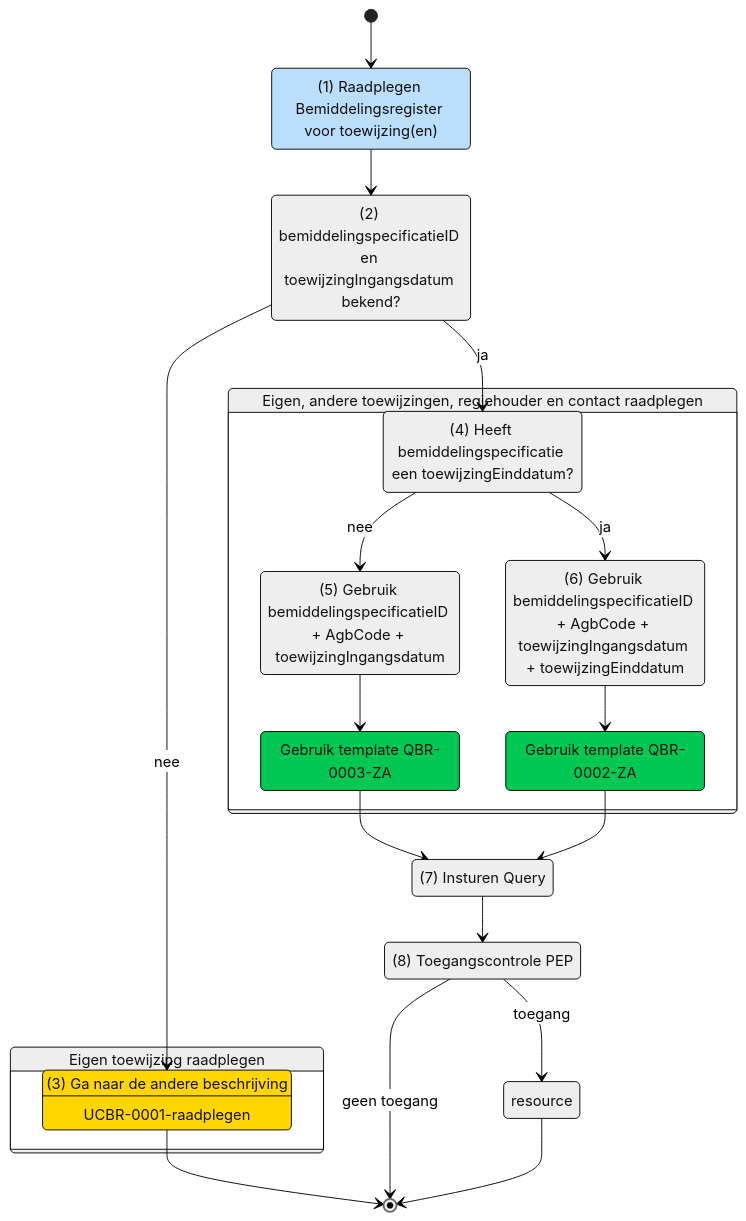
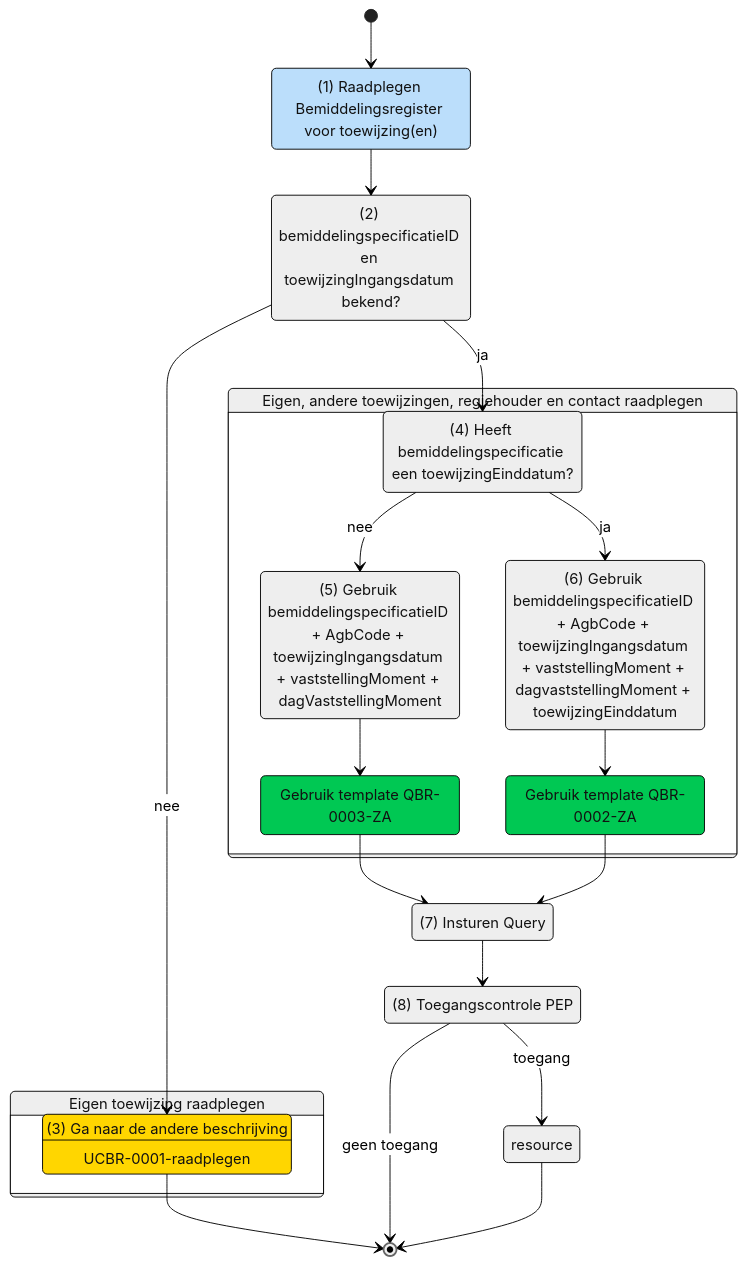
Before and after one commit to iStandaarden/iWlz-bemiddeling: the second of 2 diagrams in raadplegen/zorgaanbieder/UCBR-0002_3-raadplegen.md, drawn with Mermaid. The commit also changed other lines of this file, not shown here.

````diff
--- a/raadplegen/zorgaanbieder/UCBR-0002_3-raadplegen.md
+++ b/raadplegen/zorgaanbieder/UCBR-0002_3-raadplegen.md
@@ -57,56 +57,56 @@
 ```mermaid
 ---
 config:
   theme: neutral
   look: classic
 ---
 stateDiagram
     [*] --> raadplegen
     state idAvailable <<choice>>
     raadplegen --> idAvailable
     idAvailable --> notifyWait: nee
     state eigen {
       notifyWait 
     }
     notifyWait --> [*]
 
 
     
     state einddatum <<choice>>
     idAvailable --> einddatum: ja
     state andere {
       einddatum --> QBR0003ZAiq: nee
       einddatum --> QBR0002ZAiq: ja
       QBR0003ZAiq --> QBR0003ZA
       QBR0002ZAiq --> QBR0002ZA
     }
     QBR0003ZA --> SENT
     QBR0002ZA --> SENT 
     SENT --> PEP
     PEP --> [*]: geen toegang
     PEP --> resource: toegang
     resource --> [*]
 
 
     raadplegen: (1) Raadplegen Bemiddelingsregister voor toewijzing(en)
     eigen: Eigen toewijzing raadplegen
     andere: Eigen, andere toewijzingen, regiehouder en contact raadplegen
     idAvailable: (2) bemiddelingspecificatieID en toewijzingIngangsdatum bekend?
     notifyWait: (3) Ga naar de andere beschrijving
     notifyWait: UCBR-0001-raadplegen
 
     einddatum: (4) Heeft bemiddelingspecificatie een toewijzingEinddatum?
 
 
-    QBR0002ZAiq: (6) Gebruik bemiddelingspecificatieID + AgbCode + toewijzingIngangsdatum + toewijzingEinddatum
+    QBR0002ZAiq: (6) Gebruik bemiddelingspecificatieID + AgbCode + toewijzingIngangsdatum + vaststellingMoment + dagvaststellingMoment + toewijzingEinddatum
     QBR0002ZA: Gebruik template QBR-0002-ZA
-    QBR0003ZAiq: (5) Gebruik bemiddelingspecificatieID + AgbCode + toewijzingIngangsdatum
+    QBR0003ZAiq: (5) Gebruik bemiddelingspecificatieID + AgbCode + toewijzingIngangsdatum + vaststellingMoment + dagVaststellingMoment
     QBR0003ZA: Gebruik template QBR-0003-ZA
     SENT: (7) Insturen Query
     PEP: (8) Toegangscontrole PEP
 
   style notifyWait fill:#FFD600
   style raadplegen fill:#BBDEFB,color:none
   style notifyReceive,haalData,inputQuery fill:#C8E6C9
   style QBR0001ZA,QBR0002ZA,QBR0003ZA fill:#00C853
 ```
````
